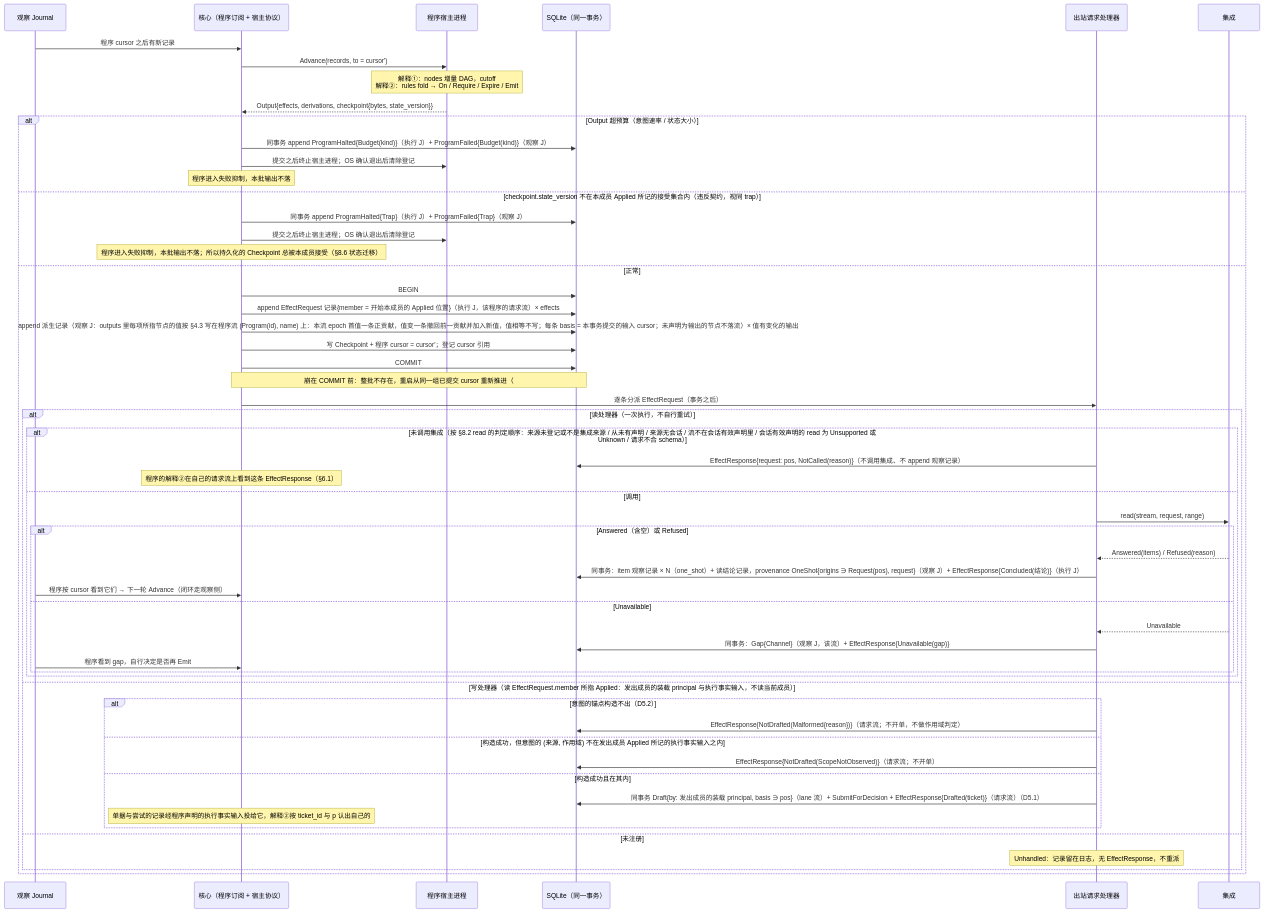
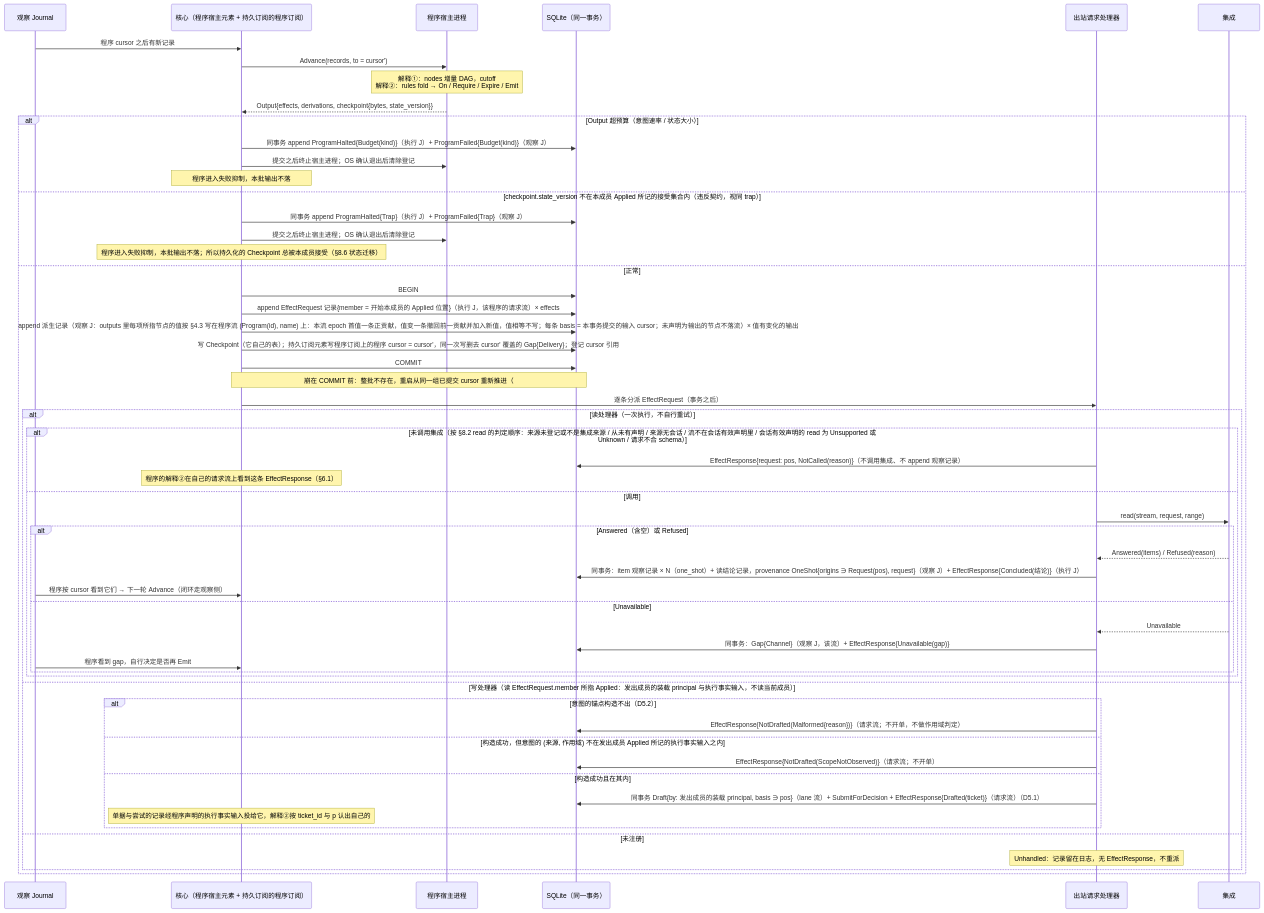
The first of 3 diagrams in design/diagrams/04-program-host.md (mouriya-s-lab/uta), drawn with Mermaid before and after one commit. The commit also changed other lines of this file and 13 other files, not shown here.

````diff
--- a/design/diagrams/04-program-host.md
+++ b/design/diagrams/04-program-host.md
@@ -9,58 +9,58 @@
 ```mermaid
 sequenceDiagram
   participant J as 观察 Journal
-  participant C as 核心（程序订阅 + 宿主协议）
+  participant C as 核心（程序宿主元素 + 持久订阅的程序订阅）
   participant H as 程序宿主进程
   participant DB as SQLite（同一事务）
   participant O as 出站请求处理器
   participant I as 集成
   J->>C: 程序 cursor 之后有新记录
   C->>H: Advance(records, to = cursor')
   Note over H: 解释①：nodes 增量 DAG，cutoff<br/>解释②：rules fold → On / Require / Expire / Emit
   H-->>C: Output{effects, derivations, checkpoint{bytes, state_version}}
   alt Output 超预算（意图速率 / 状态大小）
     C->>DB: 同事务 append ProgramHalted{Budget(kind)}（执行 J）+ ProgramFailed{Budget(kind)}（观察 J）
     C->>H: 提交之后终止宿主进程；OS 确认退出后清除登记
     Note over C: 程序进入失败抑制，本批输出不落
   else checkpoint.state_version 不在本成员 Applied 所记的接受集合内（违反契约，视同 trap）
     C->>DB: 同事务 append ProgramHalted{Trap}（执行 J）+ ProgramFailed{Trap}（观察 J）
     C->>H: 提交之后终止宿主进程；OS 确认退出后清除登记
     Note over C: 程序进入失败抑制，本批输出不落；所以持久化的 Checkpoint 总被本成员接受（§8.6 状态迁移）
   else 正常
     C->>DB: BEGIN
     C->>DB: append EffectRequest 记录{member = 开始本成员的 Applied 位置}（执行 J，该程序的请求流）× effects
     C->>DB: append 派生记录（观察 J：outputs 里每项所指节点的值按 §4.3 写在程序流 (Program(id), name) 上：本流 epoch 首值一条正贡献，值变一条撤回前一贡献并加入新值，值相等不写；每条 basis = 本事务提交的输入 cursor；未声明为输出的节点不落流）× 值有变化的输出
-    C->>DB: 写 Checkpoint + 程序 cursor = cursor'；登记 cursor 引用
+    C->>DB: 写 Checkpoint（它自己的表）；持久订阅元素写程序订阅上的程序 cursor = cursor'，同一次写删去 cursor' 覆盖的 Gap{Delivery}；登记 cursor 引用
     C->>DB: COMMIT
     Note over C,DB: 崩在 COMMIT 前：整批不存在，重启从同一组已提交 cursor 重新推进（#16）
     C->>O: 逐条分派 EffectRequest（事务之后）
     alt 读处理器（一次执行，不自行重试）
       alt 未调用集成（按 §8.2 read 的判定顺序：来源未登记或不是集成来源 / 从未有声明 / 来源无会话 / 流不在会话有效声明里 / 会话有效声明的 read 为 Unsupported 或 Unknown / 请求不合 schema）
         O->>DB: EffectResponse{request: pos, NotCalled(reason)}（不调用集成、不 append 观察记录）
         Note over C: 程序的解释②在自己的请求流上看到这条 EffectResponse（§6.1）
       else 调用
         O->>I: read(stream, request, range)
         alt Answered（含空）或 Refused
           I-->>O: Answered(items) / Refused(reason)
           O->>DB: 同事务：item 观察记录 × N（one_shot）+ 读结论记录，provenance OneShot{origins ∋ Request(pos), request}（观察 J）+ EffectResponse{Concluded(结论)}（执行 J）
           J->>C: 程序按 cursor 看到它们 → 下一轮 Advance（闭环走观察侧）
         else Unavailable
           I-->>O: Unavailable
           O->>DB: 同事务：Gap{Channel}（观察 J，该流）+ EffectResponse{Unavailable(gap)}
           J->>C: 程序看到 gap，自行决定是否再 Emit
         end
       end
     else 写处理器（读 EffectRequest.member 所指 Applied：发出成员的装载 principal 与执行事实输入，不读当前成员）
       alt 意图的锚点构造不出（D5.2）
         O->>DB: EffectResponse{NotDrafted(Malformed{reason})}（请求流；不开单，不做作用域判定）
       else 构造成功，但意图的 (来源, 作用域) 不在发出成员 Applied 所记的执行事实输入之内
         O->>DB: EffectResponse{NotDrafted(ScopeNotObserved)}（请求流；不开单）
       else 构造成功且在其内
         O->>DB: 同事务 Draft{by: 发出成员的装载 principal, basis ∋ pos}（lane 流）+ SubmitForDecision + EffectResponse{Drafted(ticket)}（请求流）（D5.1）
         Note over C: 单据与尝试的记录经程序声明的执行事实输入投给它，解释②按 ticket_id 与 p 认出自己的
       end
     else 未注册
       Note over O: Unhandled：记录留在日志，无 EffectResponse，不重派
     end
   end
 ```
````
